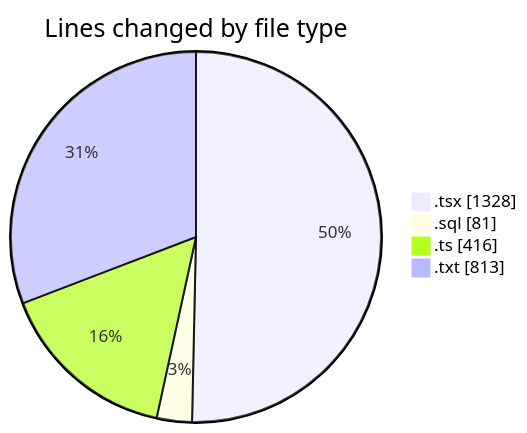
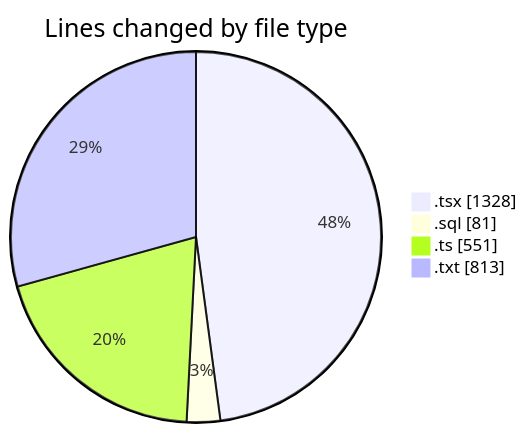
One commit to lephambinh05/code-tracking changed the first of 2 diagrams in 2025-09-09/hiai-phf/README.md. Above: the diagram before and after it, drawn with Mermaid. The commit also changed other lines of this file and 1 other file, not shown here.

````diff
--- a/2025-09-09/hiai-phf/README.md
+++ b/2025-09-09/hiai-phf/README.md
@@ -37,8 +38,8 @@
 ```mermaid
 pie showData
 title Lines changed by file type
 ".tsx" : 1328
 ".sql" : 81
-".ts" : 416
+".ts" : 551
 ".txt" : 813
 ```
````
